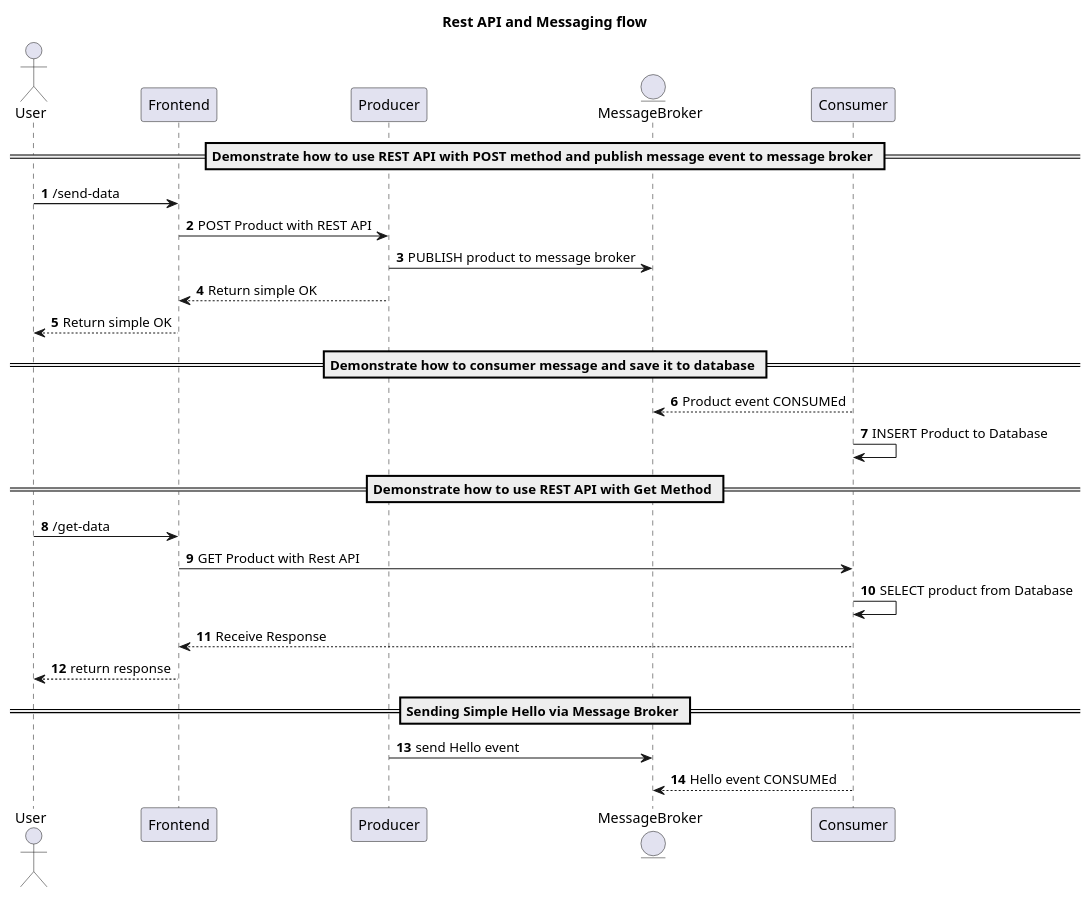
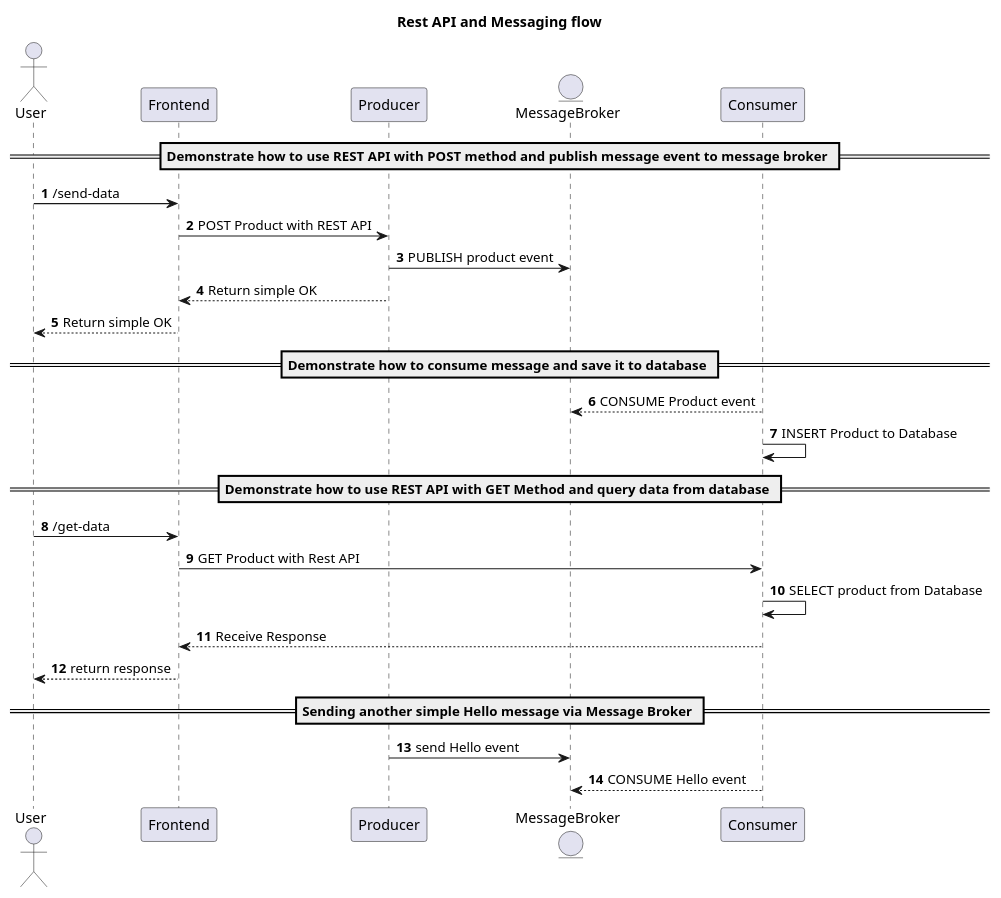
The diagram in diagram.wsd (mirzaakhena/rest-messaging-db), drawn with PlantUML before and after one commit.

Commit message:
update diagram

```diff
--- a/diagram.wsd
+++ b/diagram.wsd
@@ -1,36 +1,36 @@
 @startuml
 title Rest API and Messaging flow
 autonumber
 actor User
 participant Frontend
 participant Producer
 entity MessageBroker
 participant Consumer
 
 == Demonstrate how to use REST API with POST method and publish message event to message broker ==
 
 User -> Frontend: /send-data
 Frontend -> Producer: POST Product with REST API
-Producer -> MessageBroker: PUBLISH product to message broker
+Producer -> MessageBroker: PUBLISH product event
 Producer --> Frontend: Return simple OK
 Frontend --> User: Return simple OK
 
-== Demonstrate how to consumer message and save it to database ==
+== Demonstrate how to consume message and save it to database ==
 
-MessageBroker <-- Consumer: Product event CONSUMEd
+MessageBroker <-- Consumer: CONSUME Product event 
 Consumer -> Consumer: INSERT Product to Database
 
-== Demonstrate how to use REST API with Get Method ==
+== Demonstrate how to use REST API with GET Method and query data from database ==
 
 User -> Frontend: /get-data
 Frontend -> Consumer: GET Product with Rest API
 Consumer -> Consumer: SELECT product from Database
 Consumer --> Frontend: Receive Response
 Frontend --> User: return response
 
-== Sending Simple Hello via Message Broker ==
+== Sending another simple Hello message via Message Broker ==
 
 Producer -> MessageBroker: send Hello event
-MessageBroker <-- Consumer: Hello event CONSUMEd
+MessageBroker <-- Consumer: CONSUME Hello event
 
 @enduml
```
